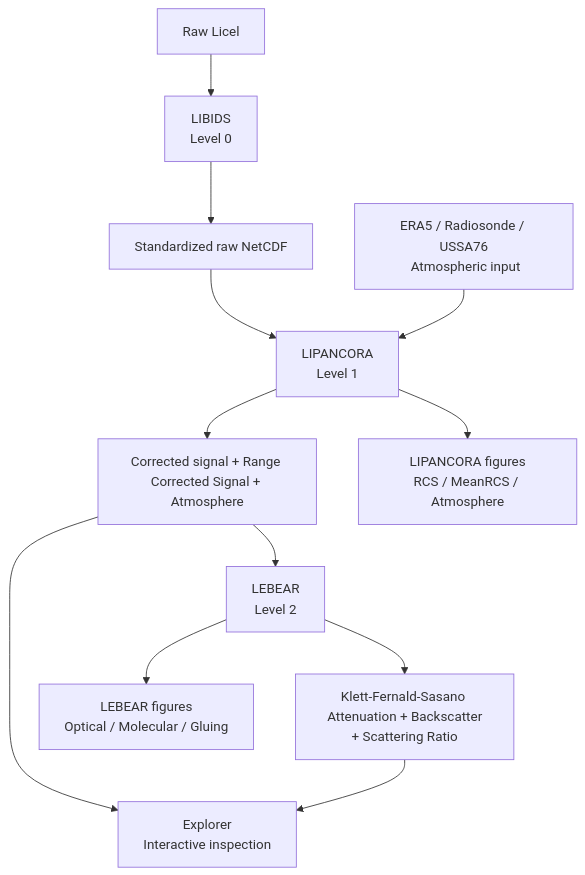
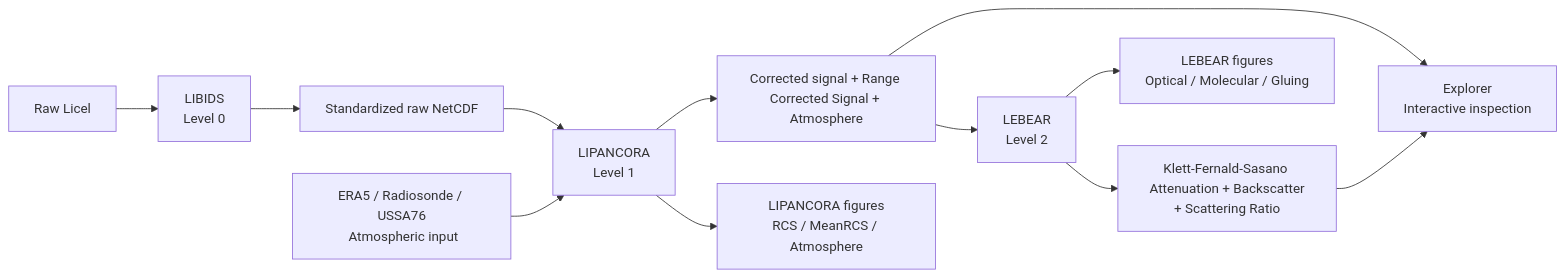
One commit to spulidar/milgrau changed the diagram in README.md. Above: the diagram before and after it, drawn with Mermaid.

````diff
--- a/README.md
+++ b/README.md
@@ -10,14 +10,14 @@
 ```mermaid
-flowchart TD
+flowchart LR
     R[Raw Licel] --> L0[LIBIDS\nLevel 0]
     L0 --> N0[Standardized raw NetCDF]
     N0 --> L1[LIPANCORA\nLevel 1]
     M[ERA5 / Radiosonde / USSA76\n Atmospheric input] --> L1
     L1 --> N1[Corrected signal + Range Corrected Signal + Atmosphere]
     N1 --> L2[LEBEAR\nLevel 2]
     L2 --> N2[Klett-Fernald-Sasano \n Attenuation + Backscatter + Scattering Ratio]
     L1 --> F1[LIPANCORA figures\nRCS / MeanRCS / Atmosphere]
     L2 --> F2[LEBEAR figures\nOptical / Molecular / Gluing]
     N1 --> V[Explorer\nInteractive inspection]
     N2 --> V
 ```
````
